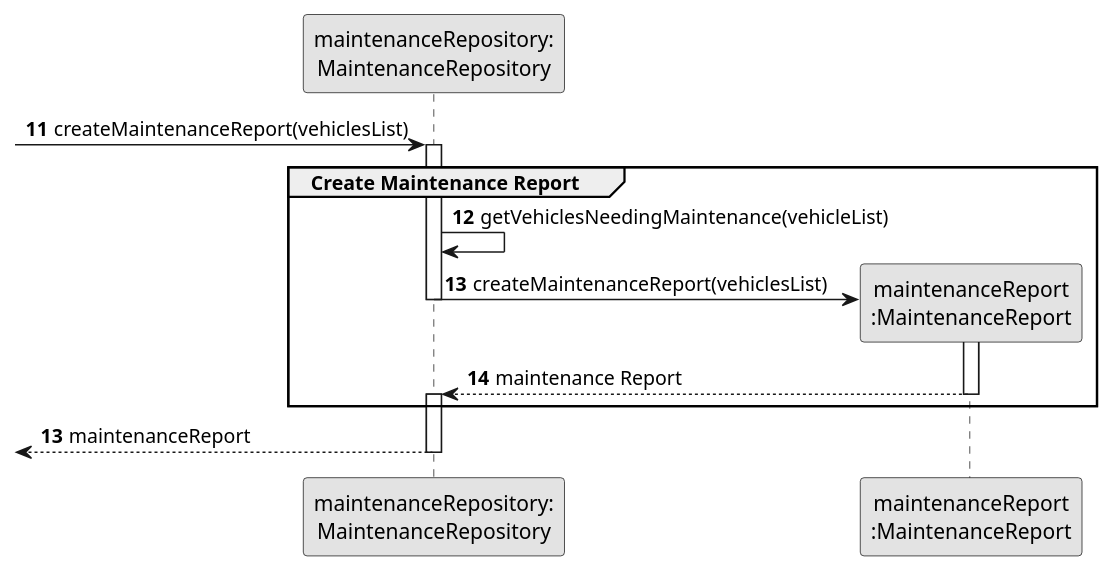
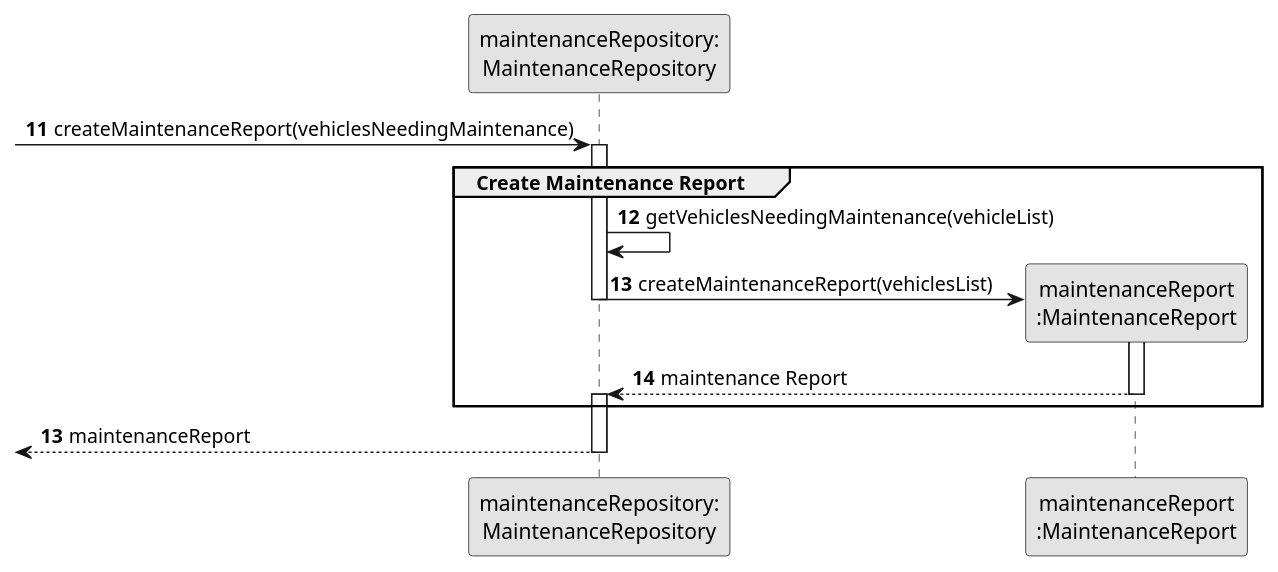
One commit to ricardomm7/leaflink changed the diagram in docs/sprintB/us008/03.design/puml/us008-sequence-diagram-partial-create-maintenance-report.puml. Above: the diagram before and after it, drawn with PlantUML. The commit also changed 18 other files, not shown here.

```diff
--- a/docs/sprintB/us008/03.design/puml/us008-sequence-diagram-partial-create-maintenance-report.puml
+++ b/docs/sprintB/us008/03.design/puml/us008-sequence-diagram-partial-create-maintenance-report.puml
@@ -1,33 +1,33 @@
 @startuml
 skinparam monochrome true
 skinparam packageStyle rectangle
 skinparam shadowing false
 
 participant "maintenanceRepository:\nMaintenanceRepository" as MaintenanceRepository
 participant "maintenanceReport\n:MaintenanceReport" as MaintenanceReport
 
 autonumber 11
--> MaintenanceRepository : createMaintenanceReport(vehiclesList)
+-> MaintenanceRepository : createMaintenanceReport(vehiclesNeedingMaintenance)
 activate MaintenanceRepository
 
     group Create Maintenance Report
 
         MaintenanceRepository -> MaintenanceRepository: getVehiclesNeedingMaintenance(vehicleList)
 
         MaintenanceRepository -> MaintenanceReport **: createMaintenanceReport(vehiclesList)
         deactivate MaintenanceRepository
         activate MaintenanceReport
 
         MaintenanceReport --> MaintenanceRepository : maintenance Report
         deactivate MaintenanceReport
 
         activate MaintenanceRepository
     end group
 
     autonumber 13
     <-- MaintenanceRepository : maintenanceReport
 
 deactivate MaintenanceRepository
 
 
 @enduml
```
